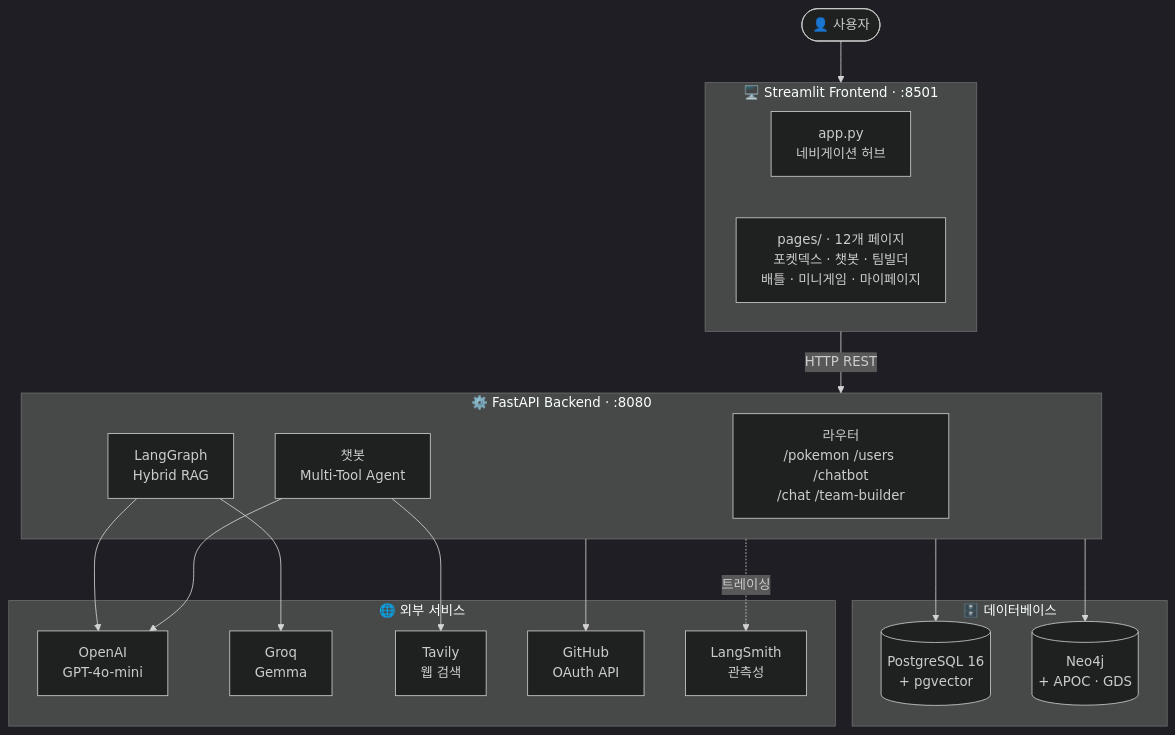
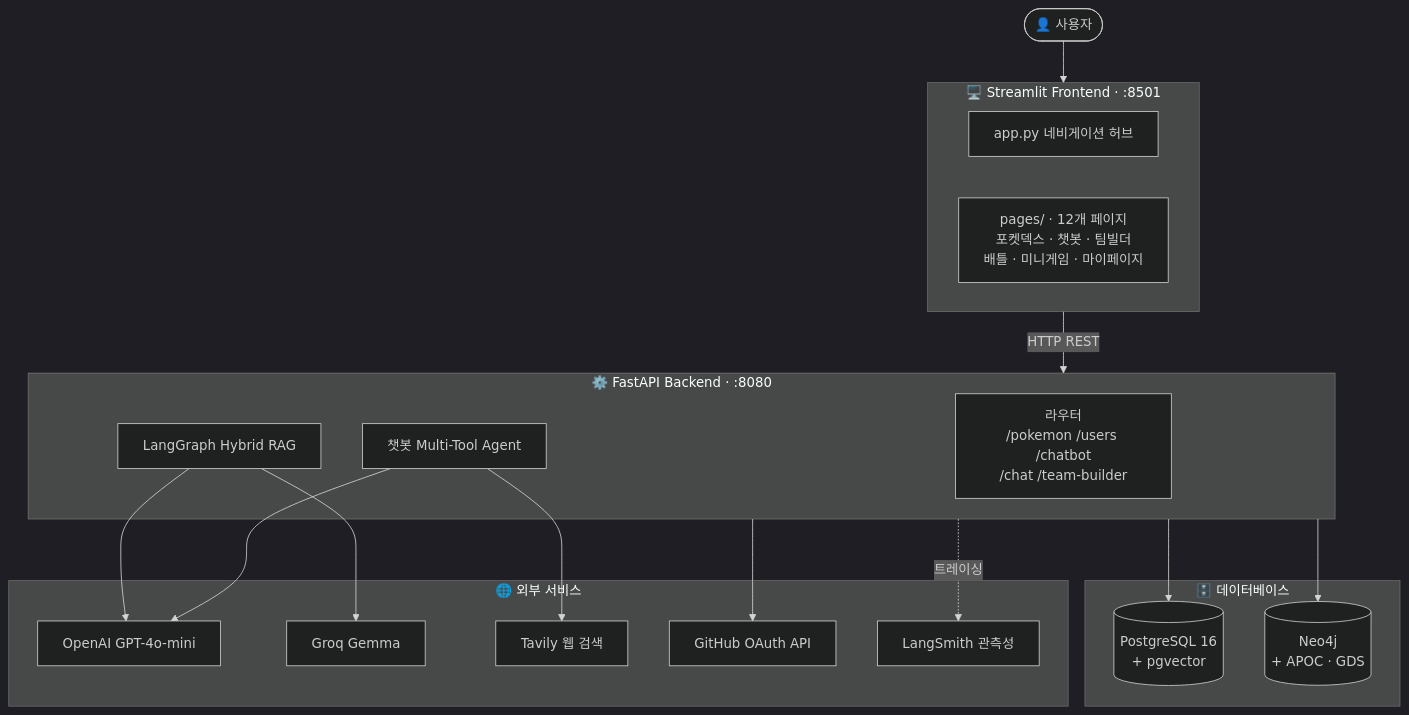
The first of 4 diagrams in README.md (SKNETWORKS-FAMILY-AICAMP/SKN27-3rd-3TEAM), drawn with Mermaid (dark theme) before and after one commit. The commit also changed other lines of this file and 8 other files, not shown here.

````diff
--- a/README.md
+++ b/README.md
@@ -126,39 +44,36 @@
 ```mermaid
 flowchart TD
     User([👤 사용자])
 
     subgraph FE["🖥️ Streamlit Frontend · :8501"]
-        App["app.py\n네비게이션 허브"]
+        App["app.py 네비게이션 허브"]
         Pages["pages/ · 12개 페이지\n포켓덱스 · 챗봇 · 팀빌더\n배틀 · 미니게임 · 마이페이지"]
     end
 
     subgraph BE["⚙️ FastAPI Backend · :8080"]
         Router["라우터\n/pokemon /users /chatbot\n/chat /team-builder"]
-        RAG["LangGraph\nHybrid RAG"]
-        AgentSvc["챗봇\nMulti-Tool Agent"]
+        RAG["LangGraph Hybrid RAG"]
+        AgentSvc["챗봇 Multi-Tool Agent"]
     end
 
     subgraph DB["🗄️ 데이터베이스"]
         PG[("PostgreSQL 16\n+ pgvector")]
         Neo[("Neo4j\n+ APOC · GDS")]
     end
 
     subgraph Ext["🌐 외부 서비스"]
-        OpenAI["OpenAI\nGPT-4o-mini"]
-        Groq["Groq\nGemma"]
-        Tavily["Tavily\n웹 검색"]
-        GH["GitHub\nOAuth API"]
-        LS["LangSmith\n관측성"]
+        OpenAI["OpenAI GPT-4o-mini"]
+        Groq["Groq Gemma"]
+        Tavily["Tavily 웹 검색"]
+        GH["GitHub OAuth API"]
+        LS["LangSmith 관측성"]
     end
 
     User --> FE
     FE -->|HTTP REST| BE
-    BE --> PG
-    BE --> Neo
-    RAG --> OpenAI
-    RAG --> Groq
-    AgentSvc --> Tavily
-    AgentSvc --> OpenAI
+    BE --> PG & Neo
+    RAG --> OpenAI & Groq
+    AgentSvc --> Tavily & OpenAI
     BE --> GH
     BE -.->|트레이싱| LS
 ```
````
